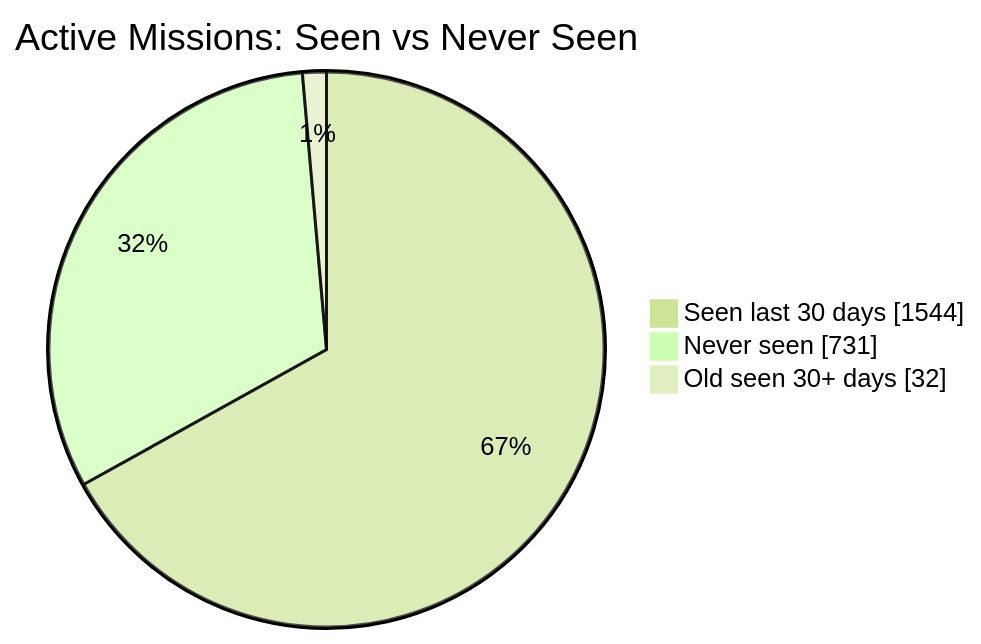
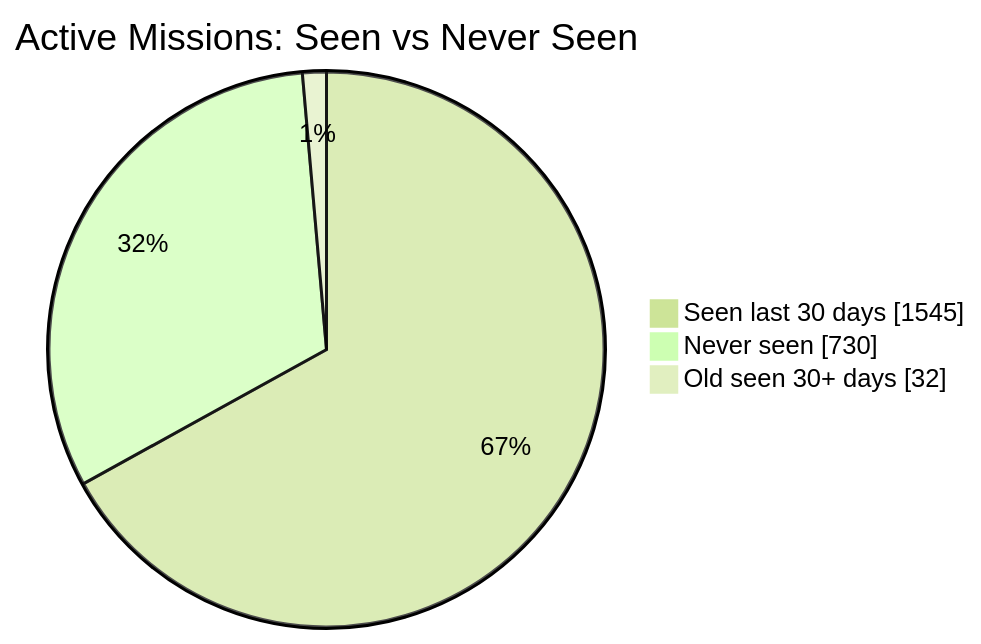
One commit to MeldkamerspelGameTeam/active-missions changed the first of 2 diagrams in README.md. Above: the diagram before and after it, drawn with Mermaid (forest theme). The commit also changed other lines of this file and 2 other files, not shown here.

````diff
--- a/README.md
+++ b/README.md
@@ -34,7 +34,7 @@
 ```mermaid
 pie showData
     title Active Missions: Seen vs Never Seen
-    "Seen last 30 days" : 1544
-    "Never seen" : 731
+    "Seen last 30 days" : 1545
+    "Never seen" : 730
     "Old seen 30+ days" : 32
 ```
````
